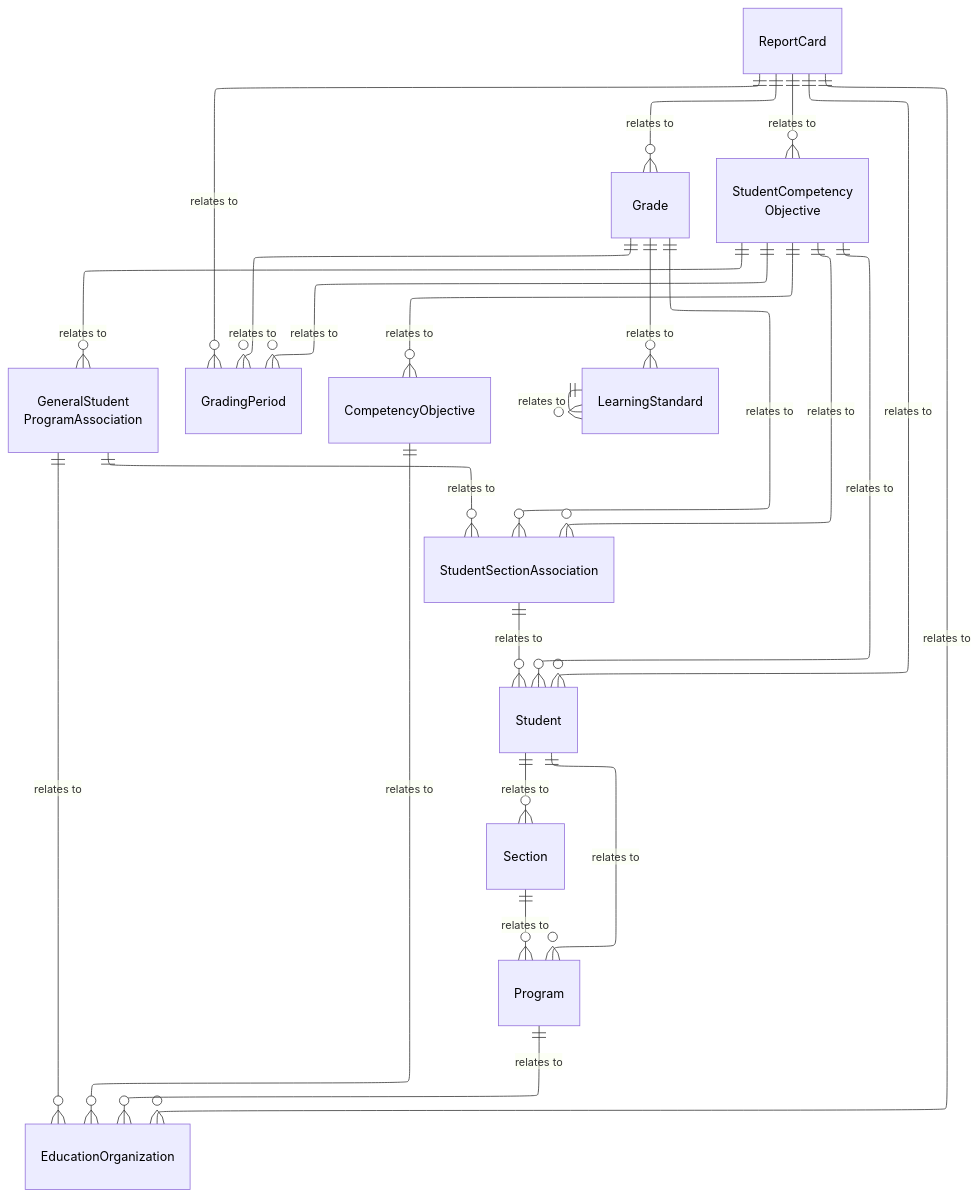
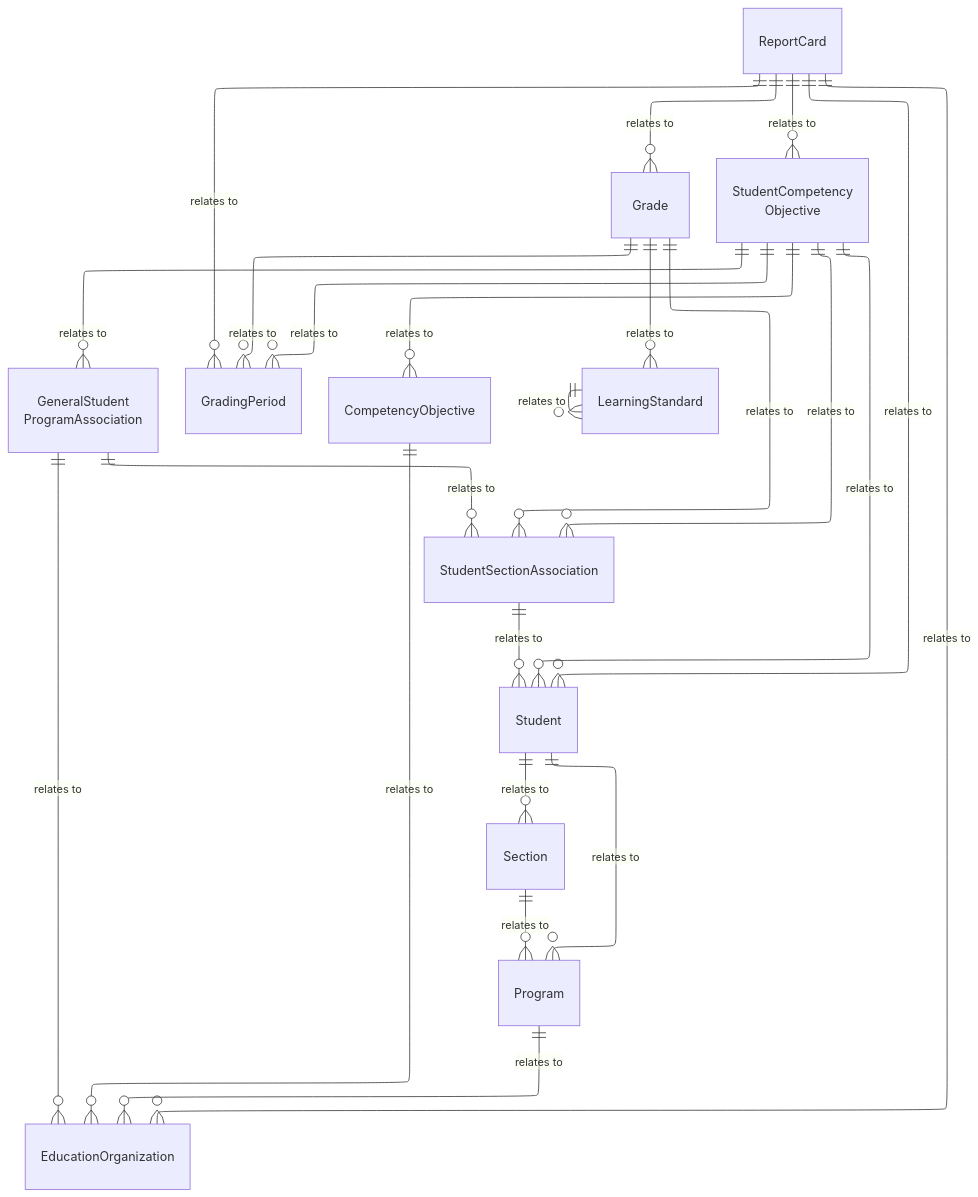
Before and after one commit to Ed-Fi-Alliance-OSS/ed-fi-alliance-oss.github.io: the third of 4 diagrams in dataStandard_versioned_docs/version-6/model-reference/student-academic-record-domain/model-diagrams.md, drawn with Mermaid. The commit also changed 24 other files, not shown here.

````diff
--- a/dataStandard_versioned_docs/version-6/model-reference/student-academic-record-domain/model-diagrams.md
+++ b/dataStandard_versioned_docs/version-6/model-reference/student-academic-record-domain/model-diagrams.md
@@ -173,65 +173,53 @@
 ```mermaid
 ---
 config:
   layout: elk
 ---
 erDiagram
     Student {
     }
     ReportCard {
     }
     Grade {
     }
     StudentCompetencyObjective["StudentCompetency<br/>Objective"] {
     }
     StudentSectionAssociation {
     }
     GeneralStudentProgramAssociation["GeneralStudent<br/>ProgramAssociation"] {
     }
     GradingPeriod {
     }
     CompetencyObjective {
     }
     Section {
     }
     Program {
     }
     LearningStandard {
     }
     EducationOrganization {
     }
     ReportCard ||--o{ Student : "relates to"
     ReportCard ||--o{ GradingPeriod : "relates to"
     ReportCard ||--o{ EducationOrganization : "relates to"
     ReportCard ||--o{ Grade : "relates to"
     ReportCard ||--o{ StudentCompetencyObjective : "relates to"
     Grade ||--o{ GradingPeriod : "relates to"
     Grade ||--o{ StudentSectionAssociation : "relates to"
     Grade ||--o{ LearningStandard : "relates to"
     StudentCompetencyObjective ||--o{ Student : "relates to"
     StudentCompetencyObjective ||--o{ GradingPeriod : "relates to"
     StudentCompetencyObjective ||--o{ CompetencyObjective : "relates to"
     StudentCompetencyObjective ||--o{ GeneralStudentProgramAssociation : "relates to"
     StudentCompetencyObjective ||--o{ StudentSectionAssociation : "relates to"
     StudentSectionAssociation ||--o{ Student : "relates to"
     GeneralStudentProgramAssociation ||--o{ EducationOrganization : "relates to"
     GeneralStudentProgramAssociation ||--o{ StudentSectionAssociation : "relates to"
     Student ||--o{ Section : "relates to"
     Student ||--o{ Program : "relates to"
     Section ||--o{ Program : "relates to"
     Program ||--o{ EducationOrganization : "relates to"
     CompetencyObjective ||--o{ EducationOrganization : "relates to"
     LearningStandard ||--o{ LearningStandard : "relates to"
-    style Student color:#000000
-    style ReportCard color:#000000
-    style Grade color:#000000
-    style StudentCompetencyObjective color:#000000
-    style StudentSectionAssociation color:#000000
-    style GeneralStudentProgramAssociation color:#000000
-    style GradingPeriod color:#000000
-    style CompetencyObjective color:#000000
-    style Section color:#000000
-    style Program color:#000000
-    style LearningStandard color:#000000
-    style EducationOrganization color:#000000
 ```
````
